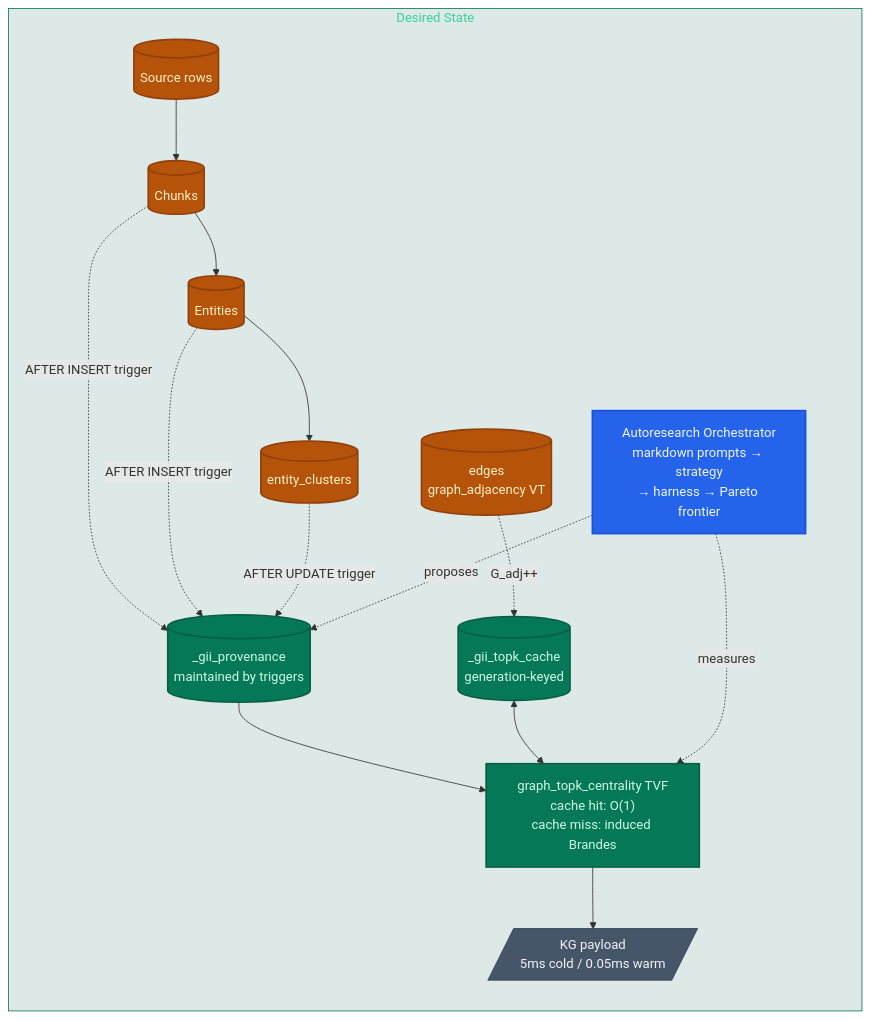
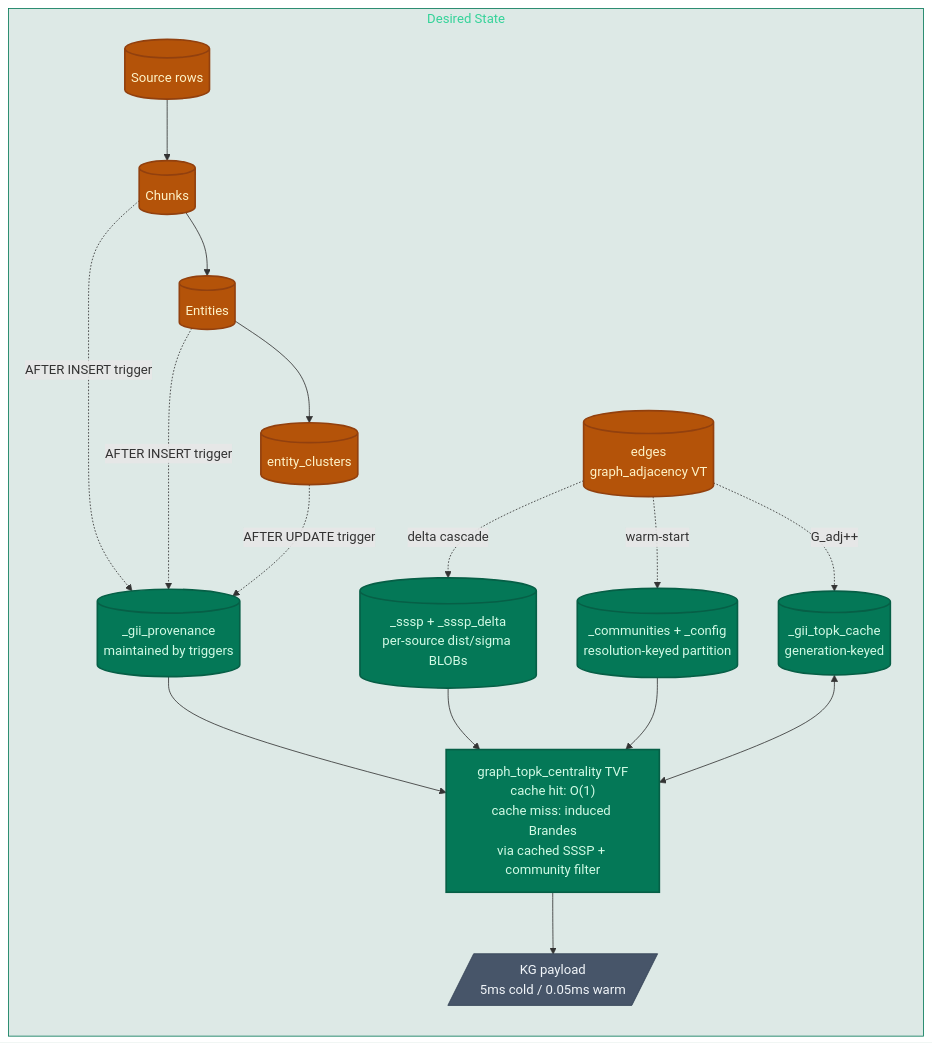
One commit to neozenith/sqlite-muninn changed the third of 5 diagrams in docs/plans/adv-centrality-filtering.md. Above: the diagram before and after it, drawn with Mermaid. The commit also changed other lines of this file, not shown here.

````diff
--- a/docs/plans/adv-centrality-filtering.md
+++ b/docs/plans/adv-centrality-filtering.md
@@ -203,36 +393,37 @@
 ```mermaid
 flowchart LR
     subgraph DS [Desired State]
         EVT[("Source rows")]
         CHK[("Chunks")]
         ENT[("Entities")]
         CLU[("entity_clusters")]
         EDG[("edges<br/>graph_adjacency VT")]
         PROV[("_gii_provenance<br/>maintained by triggers")]
+        SSSP[("_sssp + _sssp_delta<br/>per-source dist/sigma BLOBs")]
+        COMM[("_communities + _config<br/>resolution-keyed partition")]
         TOPK[("_gii_topk_cache<br/>generation-keyed")]
-        TVF["graph_topk_centrality TVF<br/>cache hit: O(1)<br/>cache miss: induced Brandes"]
-        ORCH["Autoresearch Orchestrator<br/>markdown prompts → strategy<br/>→ harness → Pareto frontier"]
+        TVF["graph_topk_centrality TVF<br/>cache hit: O(1)<br/>cache miss: induced Brandes<br/>via cached SSSP + community filter"]
         OUT[/"KG payload<br/>5ms cold / 0.05ms warm"/]
     end
 
     EVT --> CHK --> ENT --> CLU
     CHK -.AFTER INSERT trigger.-> PROV
     ENT -.AFTER INSERT trigger.-> PROV
     CLU -.AFTER UPDATE trigger.-> PROV
     EDG -.G_adj++.-> TOPK
+    EDG -.delta cascade.-> SSSP
+    EDG -.warm-start.-> COMM
     PROV --> TVF
+    SSSP --> TVF
+    COMM --> TVF
     TOPK <--> TVF
     TVF --> OUT
-    ORCH -.measures.-> TVF
-    ORCH -.proposes.-> PROV
 
     classDef src fill:#b45309,stroke:#92400e,color:#fef3c7,stroke-width:2px
     classDef new fill:#047857,stroke:#065f46,color:#d1fae5,stroke-width:2px
     classDef ok fill:#475569,stroke:#334155,color:#f1f5f9,stroke-width:1px
-    classDef agent fill:#2563eb,stroke:#1d4ed8,color:#eff6ff,stroke-width:2px
     class EVT,CHK,ENT,CLU,EDG src
-    class PROV,TOPK,TVF new
+    class PROV,SSSP,COMM,TOPK,TVF new
     class OUT ok
-    class ORCH agent
     style DS fill:#065f4622,stroke:#047857,color:#34d399
 ```
````
